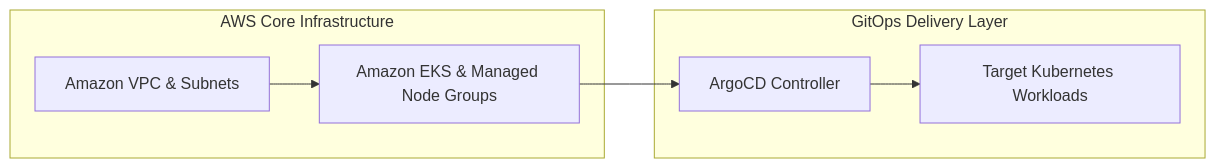
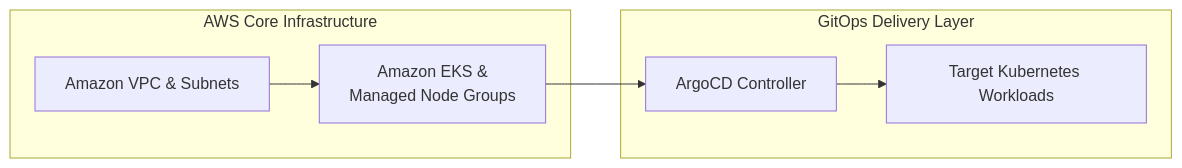
The diagram in README.md (tatan461/terraform-aws-eks-gitops), drawn with Mermaid before and after one commit.

Commit message:
Update EKS node groups label in diagram

````diff
--- a/README.md
+++ b/README.md
@@ -20,11 +20,11 @@
 ```mermaid
 graph LR
     subgraph AWS Core Infrastructure
-        A[Amazon VPC & Subnets] --> B[Amazon EKS & Managed Node Groups]
+        A[Amazon VPC & Subnets] --> B["Amazon EKS &<br/>Managed Node Groups"]
     end
 
     subgraph GitOps Delivery Layer
         B --> C[ArgoCD Controller]
         C --> D[Target Kubernetes Workloads]
     end
 ```
````
